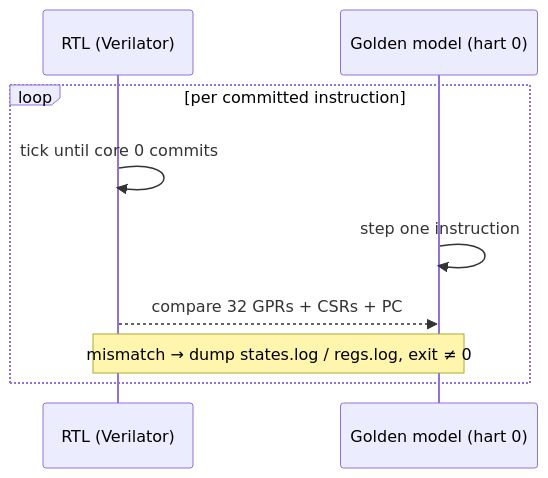
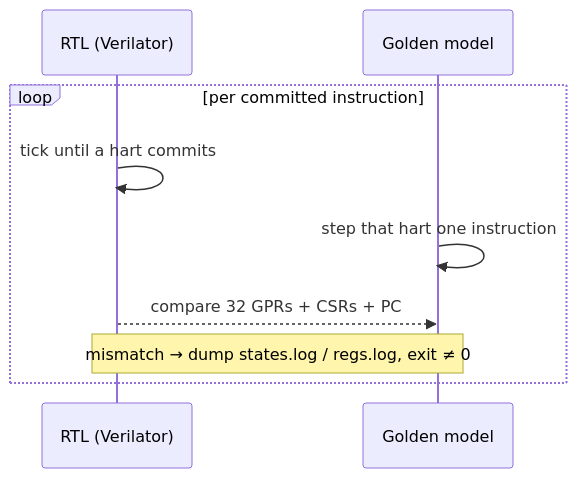
The second of 2 diagrams in README.md (HirunaVishwamith/Chiron), drawn with Mermaid before and after one commit. The commit also changed other lines of this file and 10 other files, not shown here.

First line of the commit message:
add quad-core lockstep, sync verification, and pin CI to one job

````diff
--- a/README.md
+++ b/README.md
@@ -408,11 +438,11 @@
 ```mermaid
 sequenceDiagram
     participant R as RTL (Verilator)
-    participant G as Golden model (hart 0)
+    participant G as Golden model
     loop per committed instruction
-        R->>R: tick until core 0 commits
-        G->>G: step one instruction
+        R->>R: tick until a hart commits
+        G->>G: step that hart one instruction
         R-->>G: compare 32 GPRs + CSRs + PC
         Note over R,G: mismatch → dump states.log / regs.log, exit ≠ 0
     end
 ```
````
